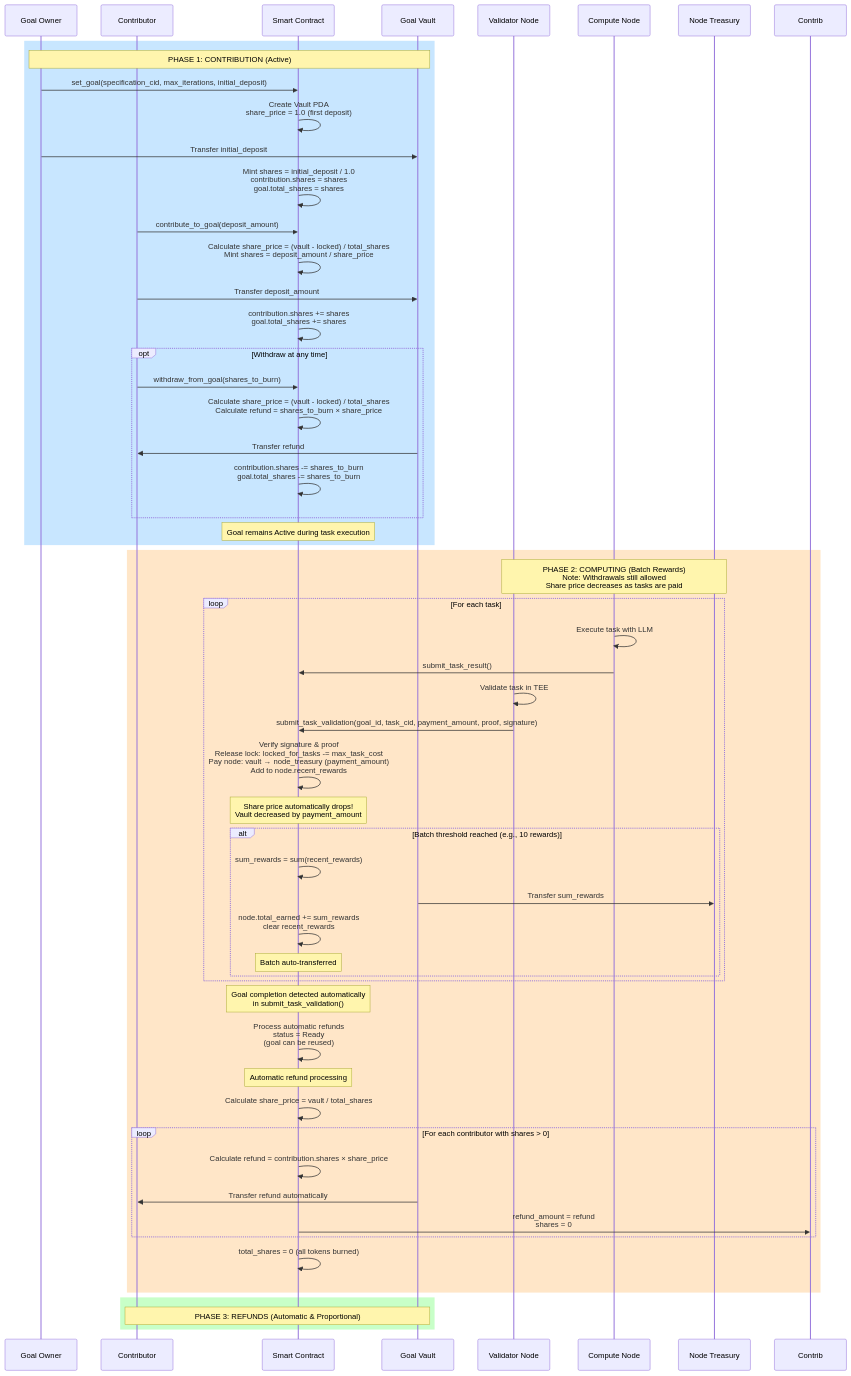
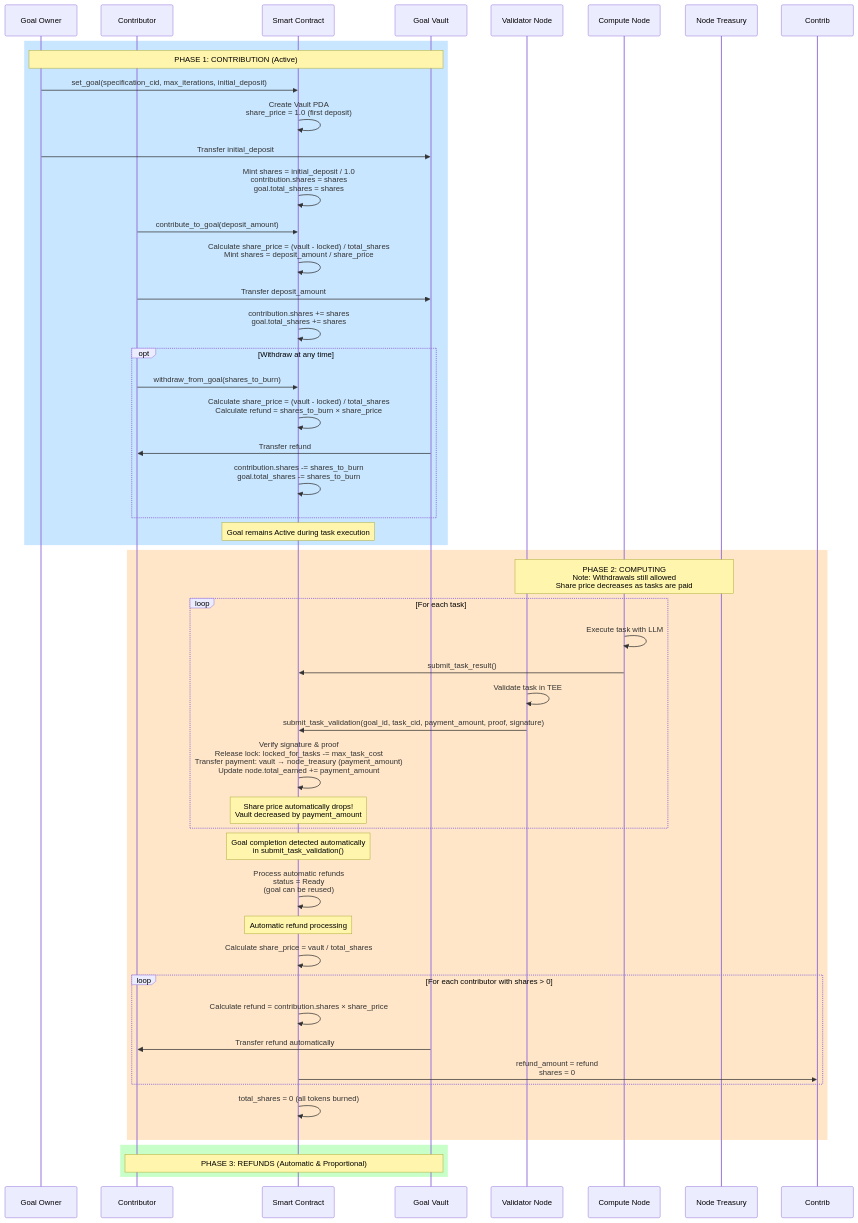
Before and after one commit to JorgeCosta87/decentralized-autonomous-computing: diagram 12 of 13 in docs/design.md, drawn with Mermaid. The commit also changed other lines of this file and 15 other files, not shown here.

````diff
--- a/docs/design.md
+++ b/docs/design.md
@@ -633,75 +619,68 @@
 ```mermaid
 sequenceDiagram
     participant Owner as Goal Owner
     participant Contributor as Contributor
     participant DAC as Smart Contract
     participant Vault as Goal Vault
     participant VN as Validator Node
     participant CN as Compute Node
     participant NodeTreasury as Node Treasury
     
     rect rgb(200, 230, 255)
         Note over Owner,Vault: PHASE 1: CONTRIBUTION (Active)
         
         Owner->>DAC: set_goal(specification_cid, max_iterations, initial_deposit)
         DAC->>DAC: Create Vault PDA<br/>share_price = 1.0 (first deposit)
         Owner->>Vault: Transfer initial_deposit
         DAC->>DAC: Mint shares = initial_deposit / 1.0<br/>contribution.shares = shares<br/>goal.total_shares = shares
         
         Contributor->>DAC: contribute_to_goal(deposit_amount)
         DAC->>DAC: Calculate share_price = (vault - locked) / total_shares<br/>Mint shares = deposit_amount / share_price
         Contributor->>Vault: Transfer deposit_amount
         DAC->>DAC: contribution.shares += shares<br/>goal.total_shares += shares
         
         opt Withdraw at any time
             Contributor->>DAC: withdraw_from_goal(shares_to_burn)
             DAC->>DAC: Calculate share_price = (vault - locked) / total_shares<br/>Calculate refund = shares_to_burn × share_price
             Vault->>Contributor: Transfer refund
             DAC->>DAC: contribution.shares -= shares_to_burn<br/>goal.total_shares -= shares_to_burn
         end
         
         Note over DAC: Goal remains Active during task execution
     end
     
     rect rgb(255, 230, 200)
-        Note over VN,NodeTreasury: PHASE 2: COMPUTING (Batch Rewards)<br/>Note: Withdrawals still allowed<br/>Share price decreases as tasks are paid
+        Note over VN,NodeTreasury: PHASE 2: COMPUTING<br/>Note: Withdrawals still allowed<br/>Share price decreases as tasks are paid
         
         loop For each task
             CN->>CN: Execute task with LLM
             CN->>DAC: submit_task_result()
             
             VN->>VN: Validate task in TEE
             VN->>DAC: submit_task_validation(goal_id, task_cid, payment_amount, proof, signature)
-            DAC->>DAC: Verify signature & proof<br/>Release lock: locked_for_tasks -= max_task_cost<br/>Pay node: vault → node_treasury (payment_amount)<br/>Add to node.recent_rewards
+            DAC->>DAC: Verify signature & proof<br/>Release lock: locked_for_tasks -= max_task_cost<br/>Transfer payment: vault → node_treasury (payment_amount)<br/>Update node.total_earned += payment_amount
             
             Note over DAC: Share price automatically drops!<br/>Vault decreased by payment_amount
-            
-            alt Batch threshold reached (e.g., 10 rewards)
-                DAC->>DAC: sum_rewards = sum(recent_rewards)
-                Vault->>NodeTreasury: Transfer sum_rewards
-                DAC->>DAC: node.total_earned += sum_rewards<br/>clear recent_rewards
-                Note over DAC: Batch auto-transferred
-            end
         end
         
         Note over DAC: Goal completion detected automatically<br/>in submit_task_validation()
         DAC->>DAC: Process automatic refunds<br/>status = Ready<br/>(goal can be reused)
         
         Note over DAC: Automatic refund processing
         
         DAC->>DAC: Calculate share_price = vault / total_shares
         
         loop For each contributor with shares > 0
             DAC->>DAC: Calculate refund = contribution.shares × share_price
             Vault->>Contributor: Transfer refund automatically
             DAC->>Contrib: refund_amount = refund<br/>shares = 0
         end
         
         DAC->>DAC: total_shares = 0 (all tokens burned)
         
     end
     
     rect rgb(200, 255, 200)
         Note over Contributor,Vault: PHASE 3: REFUNDS (Automatic & Proportional)
     end
 ```
````
